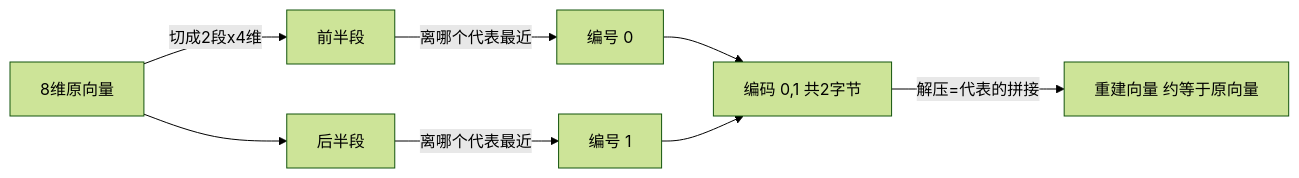
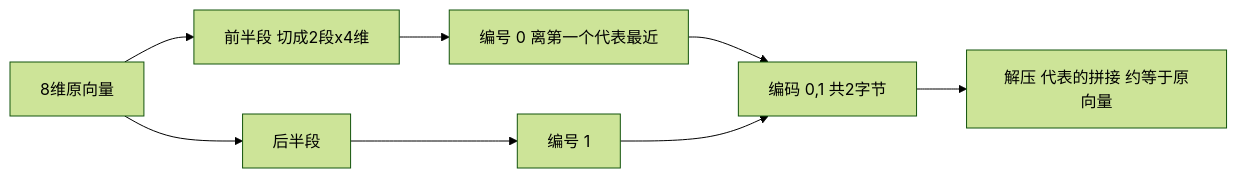
One commit to xxxAndlk/AI_Agent_Learning_path changed the diagram in 08.向量数据库进阶/第04课_向量索引算法讲透/第04课.md. Above: the diagram before and after it, drawn with Mermaid (forest theme). The commit also changed other lines of this file and 4 other files, not shown here.

````diff
--- a/08.向量数据库进阶/第04课_向量索引算法讲透/第04课.md
+++ b/08.向量数据库进阶/第04课_向量索引算法讲透/第04课.md
@@ -17,10 +17,10 @@
 ```mermaid
 flowchart LR
-    V[8维原向量] -- 切成2段x4维 --> S1[前半段]
+    V[8维原向量] --> S1[前半段 切成2段x4维]
     V --> S2[后半段]
-    S1 -- 离哪个代表最近 --> C1[编号 0]
-    S2 -- 离哪个代表最近 --> C2[编号 1]
+    S1 --> C1[编号 0 离第一个代表最近]
+    S2 --> C2[编号 1]
     C1 --> CODE[编码 0,1 共2字节]
     C2 --> CODE
-    CODE -- 解压=代表的拼接 --> R[重建向量 约等于原向量]
+    CODE --> R[解压 代表的拼接 约等于原向量]
 ```
````
